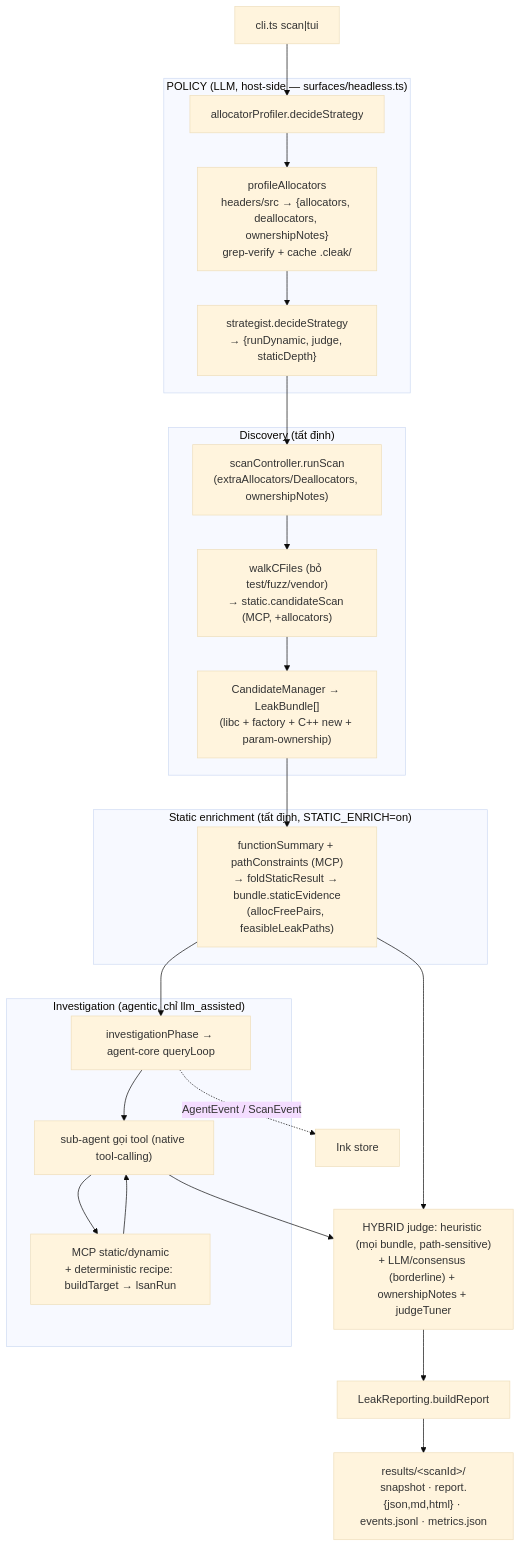
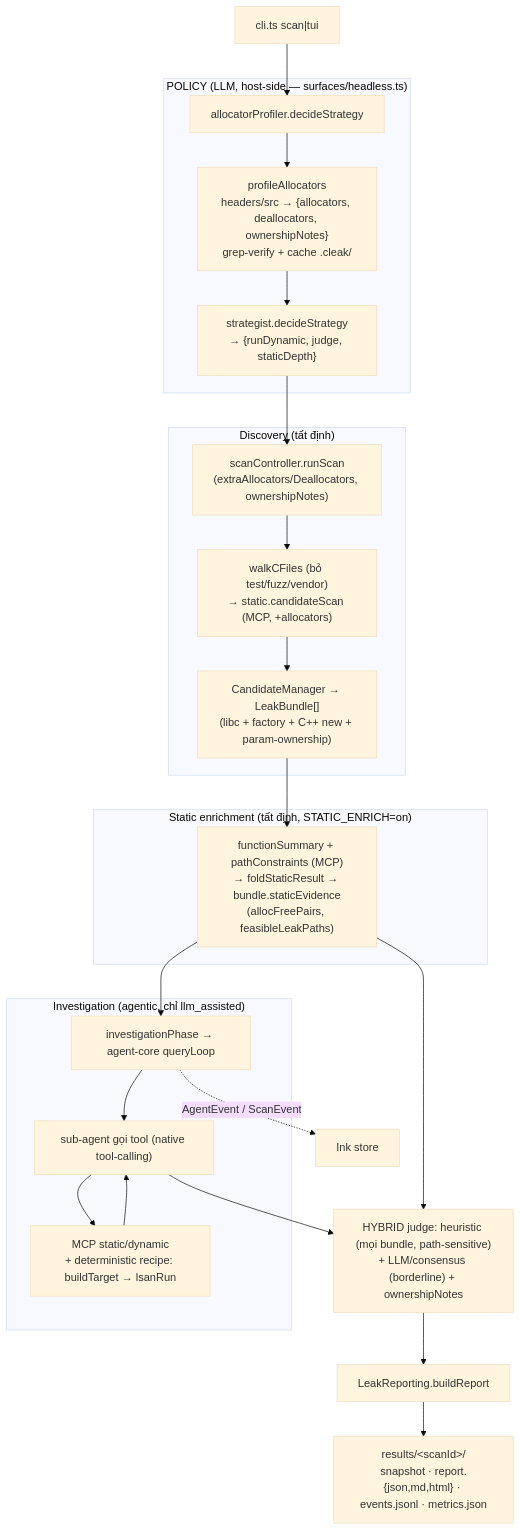
Before and after one commit to ledunguit/cleak: the second of 3 diagrams in docs/ARCHITECTURE.md, drawn with Mermaid (base theme). The commit also changed other lines of this file and 29 other files, not shown here.

````diff
--- a/docs/ARCHITECTURE.md
+++ b/docs/ARCHITECTURE.md
@@ -145,27 +145,27 @@
 ```mermaid
 flowchart TB
     A["cli.ts scan|tui"] --> H0
     subgraph Pol["POLICY (LLM, host-side — surfaces/headless.ts)"]
         H0["allocatorProfiler.decideStrategy"] --> P["profileAllocators<br/>headers/src → {allocators, deallocators, ownershipNotes}<br/>grep-verify + cache .cleak/"]
         P --> S["strategist.decideStrategy<br/>→ {runDynamic, judge, staticDepth}"]
     end
     S --> B["scanController.runScan<br/>(extraAllocators/Deallocators, ownershipNotes)"]
     subgraph Disc["Discovery (tất định)"]
         B --> C["walkCFiles (bỏ test/fuzz/vendor)<br/>→ static.candidateScan (MCP, +allocators)"]
         C --> D["CandidateManager → LeakBundle[]<br/>(libc + factory + C++ new + param-ownership)"]
     end
     subgraph Enr["Static enrichment (tất định, STATIC_ENRICH=on)"]
         D --> EN["functionSummary + pathConstraints (MCP)<br/>→ foldStaticResult → bundle.staticEvidence<br/>(allocFreePairs, feasibleLeakPaths)"]
     end
     subgraph Inv["Investigation (agentic, chỉ llm_assisted)"]
         EN --> E["investigationPhase → agent-core queryLoop"]
         E --> F["sub-agent gọi tool (native tool-calling)"]
         F --> G["MCP static/dynamic<br/>+ deterministic recipe: buildTarget → lsanRun"]
         G --> F
     end
     EN --> J
-    F --> J["HYBRID judge: heuristic (mọi bundle, path-sensitive)<br/>+ LLM/consensus (borderline) + ownershipNotes + judgeTuner"]
+    F --> J["HYBRID judge: heuristic (mọi bundle, path-sensitive)<br/>+ LLM/consensus (borderline) + ownershipNotes"]
     J --> K["LeakReporting.buildReport"]
     K --> L["results/&lt;scanId&gt;/<br/>snapshot · report.{json,md,html} · events.jsonl · metrics.json"]
     E -. "AgentEvent / ScanEvent" .-> TUI["Ink store"]
 ```
````
